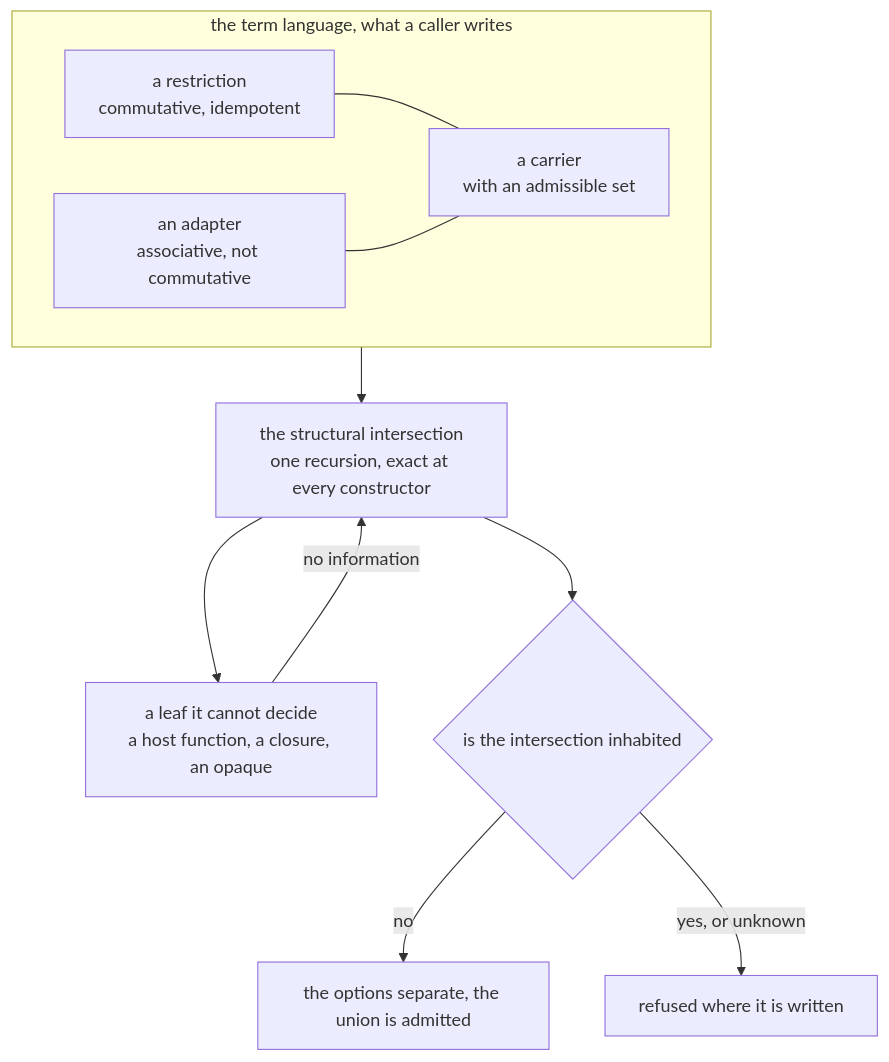
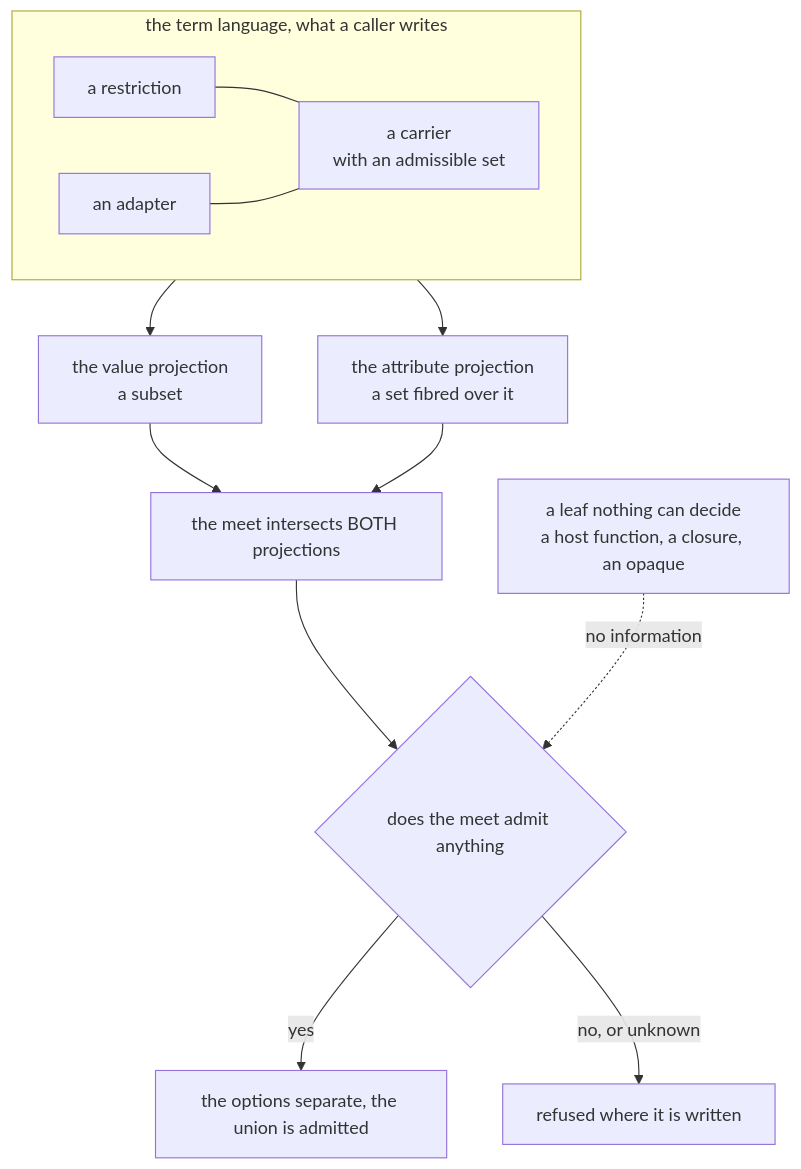
Before and after one commit to josher8a/rotorise: the second of 6 diagrams in docs/architecture-v2.md, drawn with Mermaid. The commit also changed other lines of this file, not shown here.

First line of the commit message:
docs(v2): the two projections are inhabited together, so one decision settles both

````diff
--- a/docs/architecture-v2.md
+++ b/docs/architecture-v2.md
@@ -54,17 +54,19 @@
 ```mermaid
 flowchart TB
   subgraph LANG["the term language, what a caller writes"]
     direction LR
     CAR["a carrier<br/>with an admissible set"]
-    RES["a restriction<br/>commutative, idempotent"]
-    ADA["an adapter<br/>associative, not commutative"]
+    RES["a restriction"]
+    ADA["an adapter"]
     RES --- CAR
     ADA --- CAR
   end
-  LANG --> MEET["the structural intersection<br/>one recursion, exact at every constructor"]
-  MEET --> LEAF["a leaf it cannot decide<br/>a host function, a closure, an opaque"]
-  LEAF -- "no information" --> MEET
-  MEET --> Q{"is the intersection inhabited"}
-  Q -- "no" --> YES["the options separate, the union is admitted"]
-  Q -- "yes, or unknown" --> NO["refused where it is written"]
+  LANG --> P1["the value projection<br/>a subset"]
+  LANG --> P2["the attribute projection<br/>a set fibred over it"]
+  P1 --> MEET["the meet intersects BOTH projections"]
+  P2 --> MEET
+  MEET --> Q{"does the meet admit anything"}
+  LEAF["a leaf nothing can decide<br/>a host function, a closure, an opaque"] -. "no information" .-> Q
+  Q -- "yes" --> YES["the options separate, the union is admitted"]
+  Q -- "no, or unknown" --> NO["refused where it is written"]
 ```
````
